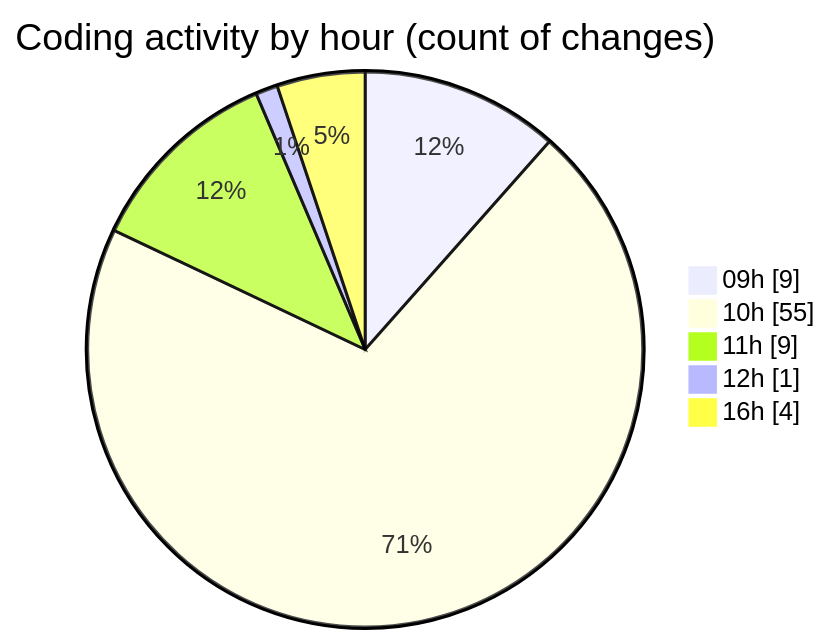
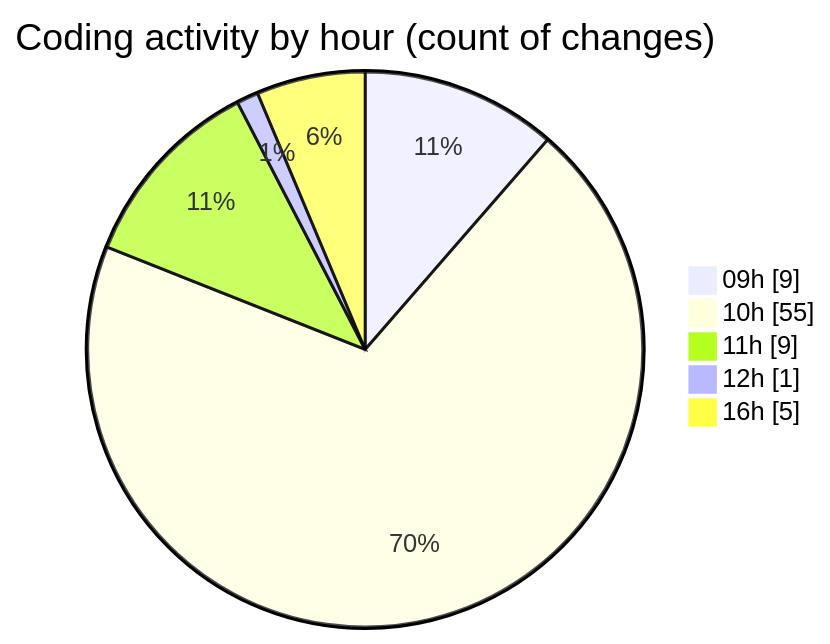
Before and after one commit to robertbonfada/code-tracking: the second of 2 diagrams in 2025-03-04/termonied_testador/README.md, drawn with Mermaid. The commit also changed other lines of this file and 1 other file, not shown here.

````diff
--- a/2025-03-04/termonied_testador/README.md
+++ b/2025-03-04/termonied_testador/README.md
@@ -37,9 +37,9 @@
 ```mermaid
 pie showData
 title Coding activity by hour (count of changes)
 "09h" : 9
 "10h" : 55
 "11h" : 9
 "12h" : 1
-"16h" : 4
+"16h" : 5
 ```
````
